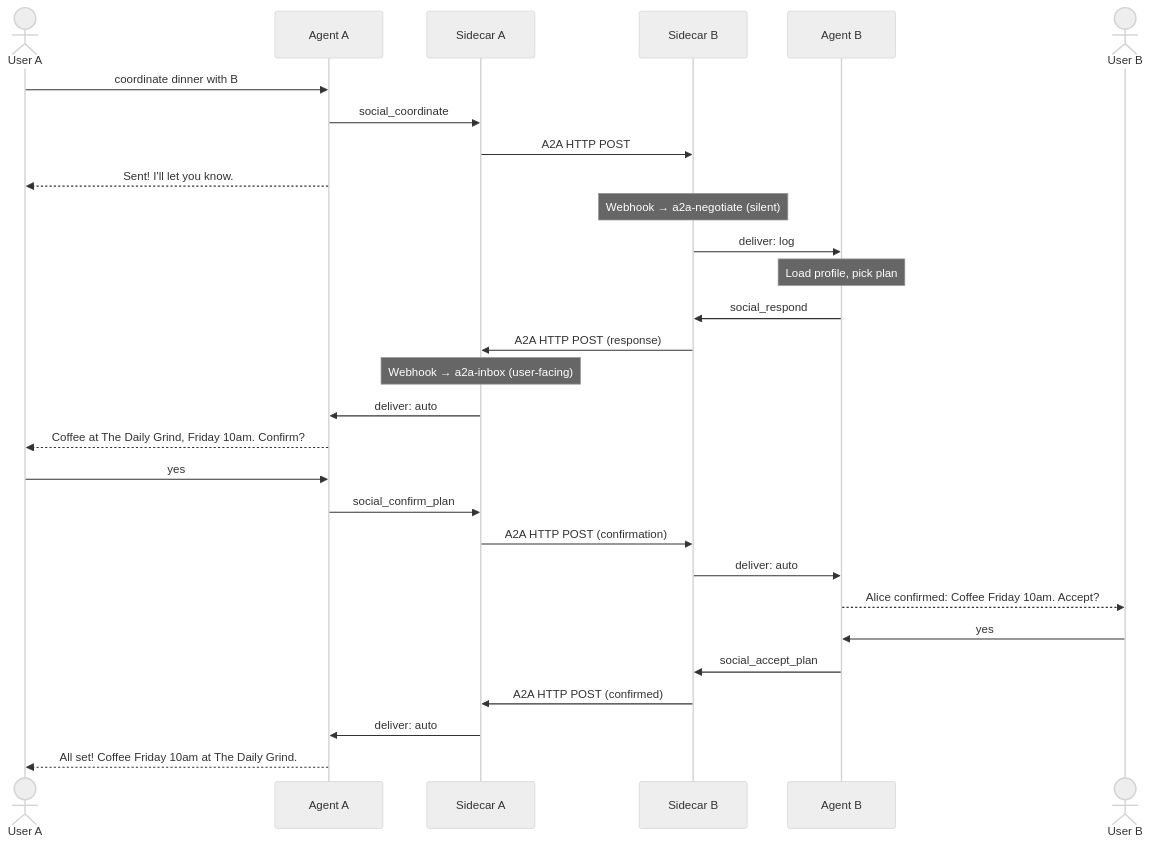
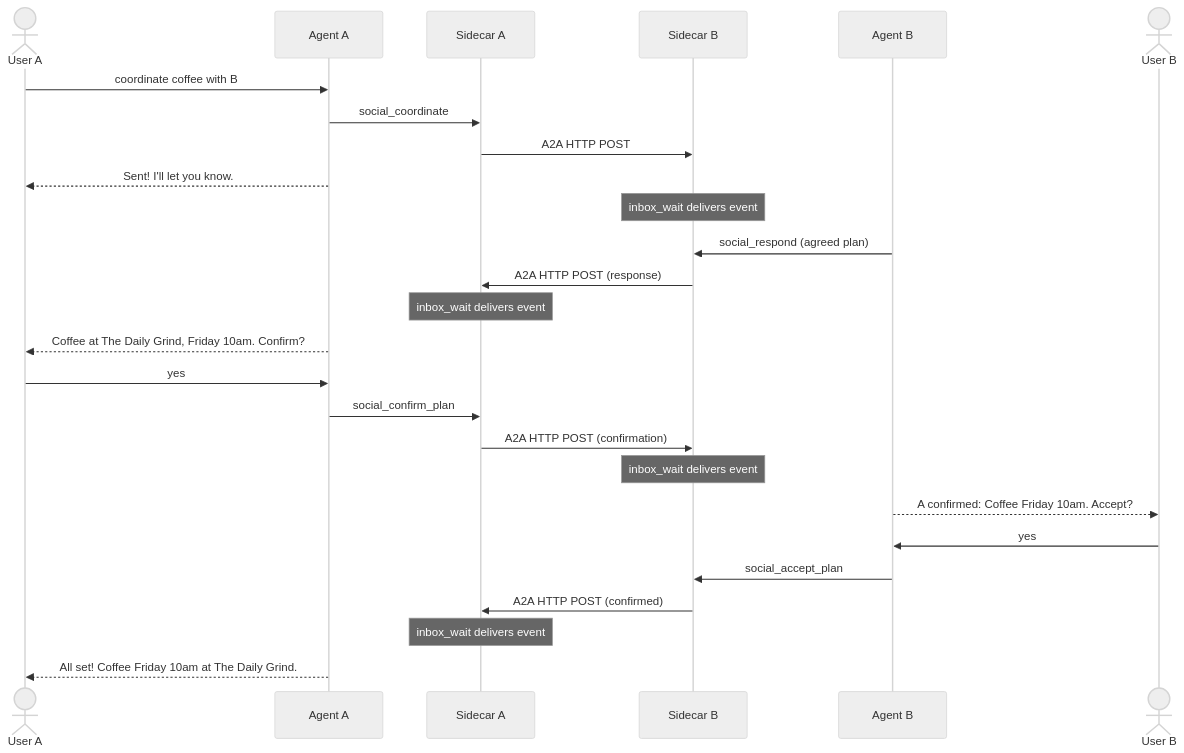
The diagram in README.md (meghancampbel9/shadownet), drawn with Mermaid (neutral theme) before and after one commit. The commit also changed other lines of this file and 35 other files, not shown here.

````diff
--- a/README.md
+++ b/README.md
@@ -117,37 +128,34 @@
 ```mermaid
 sequenceDiagram
     actor UA as User A
     participant AA as Agent A
     participant SA as Sidecar A
     participant SB as Sidecar B
     participant AB as Agent B
     actor UB as User B
 
-    UA->>AA: coordinate dinner with B
+    UA->>AA: coordinate coffee with B
     AA->>SA: social_coordinate
     SA->>SB: A2A HTTP POST
     AA-->>UA: Sent! I'll let you know.
 
-    Note over SB: Webhook → a2a-negotiate (silent)
-    SB->>AB: deliver: log
-    Note over AB: Load profile, pick plan
-    AB->>SB: social_respond
+    Note over SB: inbox_wait delivers event
+    AB->>SB: social_respond (agreed plan)
     SB->>SA: A2A HTTP POST (response)
 
-    Note over SA: Webhook → a2a-inbox (user-facing)
-    SA->>AA: deliver: auto
+    Note over SA: inbox_wait delivers event
     AA-->>UA: Coffee at The Daily Grind, Friday 10am. Confirm?
 
     UA->>AA: yes
     AA->>SA: social_confirm_plan
     SA->>SB: A2A HTTP POST (confirmation)
 
-    SB->>AB: deliver: auto
-    AB-->>UB: Alice confirmed: Coffee Friday 10am. Accept?
+    Note over SB: inbox_wait delivers event
+    AB-->>UB: A confirmed: Coffee Friday 10am. Accept?
     UB->>AB: yes
     AB->>SB: social_accept_plan
     SB->>SA: A2A HTTP POST (confirmed)
 
-    SA->>AA: deliver: auto
+    Note over SA: inbox_wait delivers event
     AA-->>UA: All set! Coffee Friday 10am at The Daily Grind.
 ```
````
